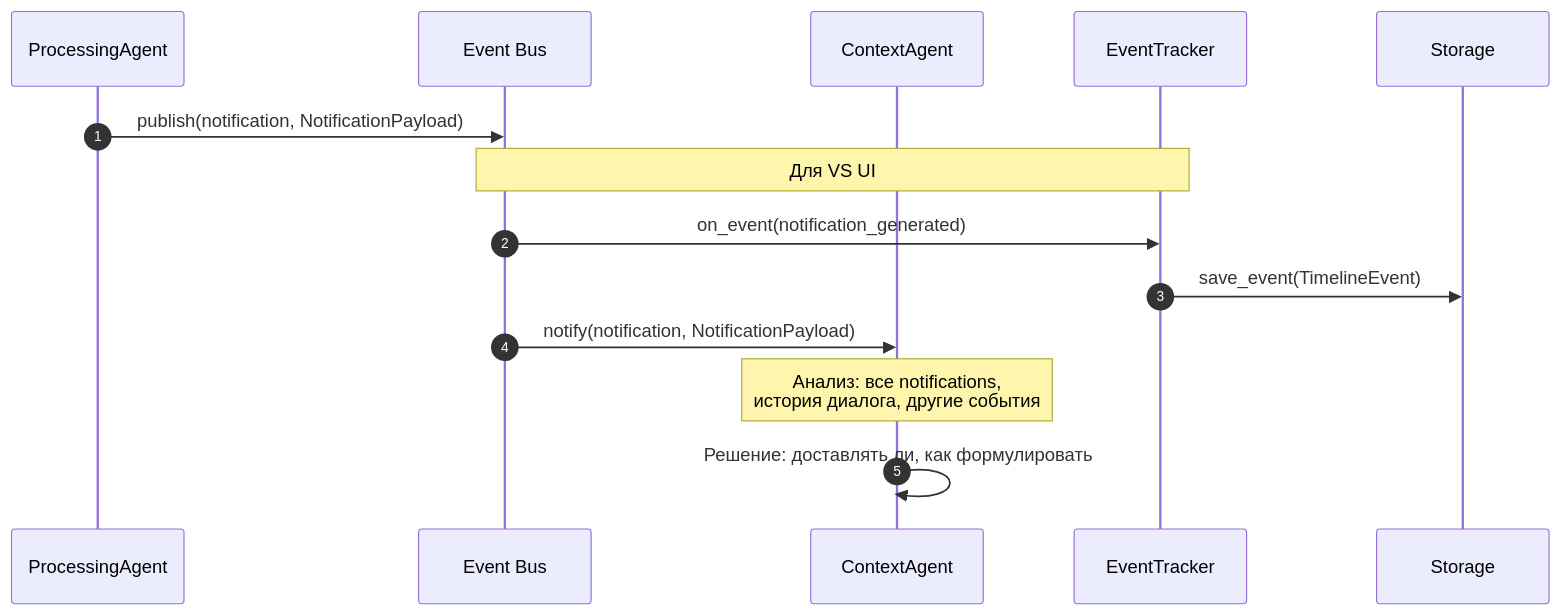
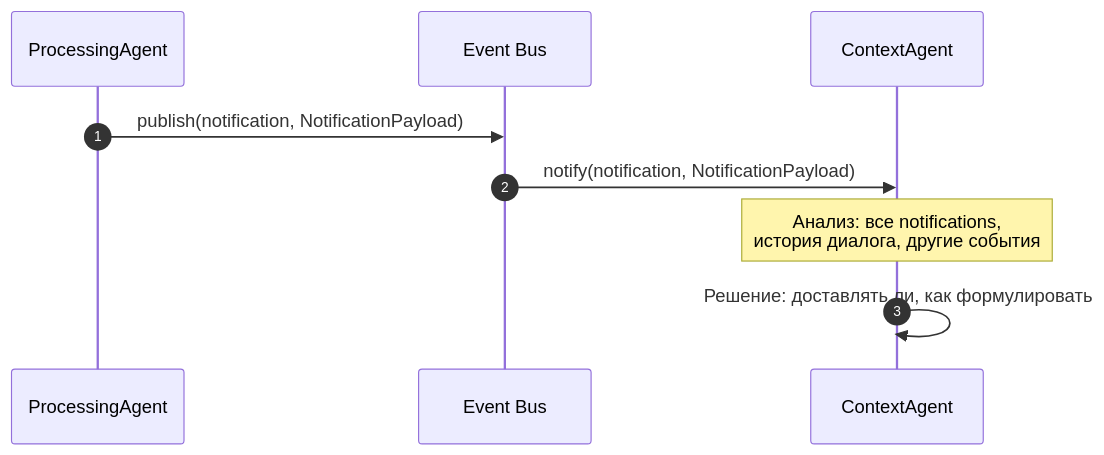
Before and after one commit to Dieugene/team-assistant: the fifth of 13 diagrams in 00_docs/architecture/runtime_architecture.md, drawn with Mermaid. The commit also changed other lines of this file, not shown here.

First line of the commit message:
Refine runtime architecture

````diff
--- a/00_docs/architecture/runtime_architecture.md
+++ b/00_docs/architecture/runtime_architecture.md
@@ -306,19 +281,13 @@
 ```mermaid
 sequenceDiagram
     autonumber
     participant PA as ProcessingAgent
     participant EB as Event Bus
     participant CA as ContextAgent
-    participant ET as EventTracker
 
     PA->>EB: publish(notification, NotificationPayload)
-
-    Note over ET,EB: Для VS UI
-    EB->>ET: on_event(notification_generated)
-    ET->>Storage: save_event(TimelineEvent)
-
     EB->>CA: notify(notification, NotificationPayload)
 
     Note over CA: Анализ: все notifications,<br/>история диалога, другие события
     CA->>CA: Решение: доставлять ли, как формулировать
 ```
````
